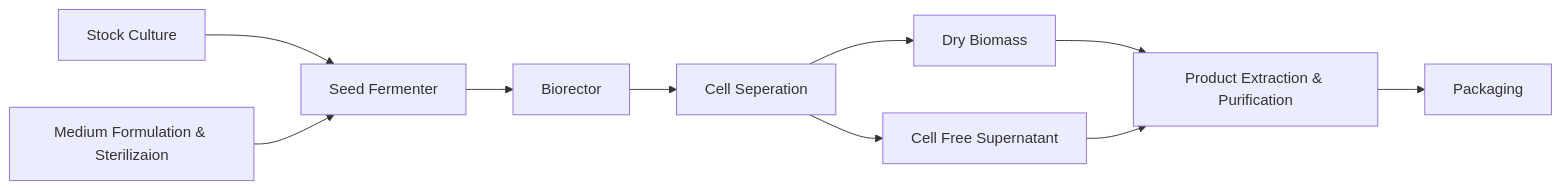
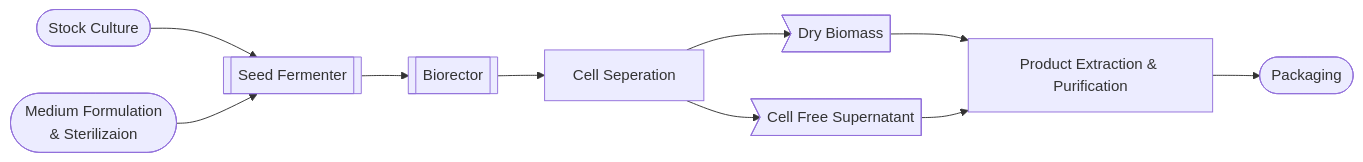
Diagram 15 of 29 in src/site/notes/Uni/3/6AB023 Microbial Biotechnology/Microbial Biotechnology.md (WonderingGodling/My-Mind-Space), drawn with Mermaid before and after one commit. The commit also changed other lines of this file and 4 other files, not shown here.

````diff
--- a/src/site/notes/Uni/3/6AB023 Microbial Biotechnology/Microbial Biotechnology.md
+++ b/src/site/notes/Uni/3/6AB023 Microbial Biotechnology/Microbial Biotechnology.md
@@ -199,13 +248,23 @@
 ```mermaid
 flowchart LR
-A[Stock Culture] --> B[Seed Fermenter];
-C[Medium Formulation & Sterilizaion] --> B;
-B --> D[Biorector]
-D --> E[Cell Seperation]
-E --> F[Dry Biomass]
-E --> G[Cell Free Supernatant]
-F --> H[Product Extraction & Purification]
-G --> H
-H --> I[Packaging]
-
+    A(["Stock Culture"])
+    B[["Seed Fermenter"]]
+    C(["Medium Formulation<br/> & Sterilizaion"])
+    D[["Biorector"]]
+    E["Cell Seperation"]
+    F>"Dry Biomass"]
+    G>"Cell Free Supernatant"]
+    H["Product Extraction & Purification"]
+    I(["Packaging"])
+    A --> B
+    C --> B
+    B --> D
+    D --> E
+    E --> F
+    E --> G
+    F --> H
+    G --> H
+    H --> I
+    click C "[[#sterilization]]"
+    click D "[[#Fermenter design]]"
 ```
````
